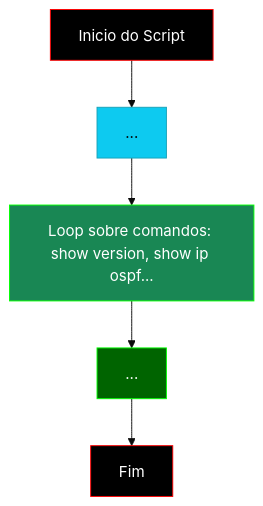
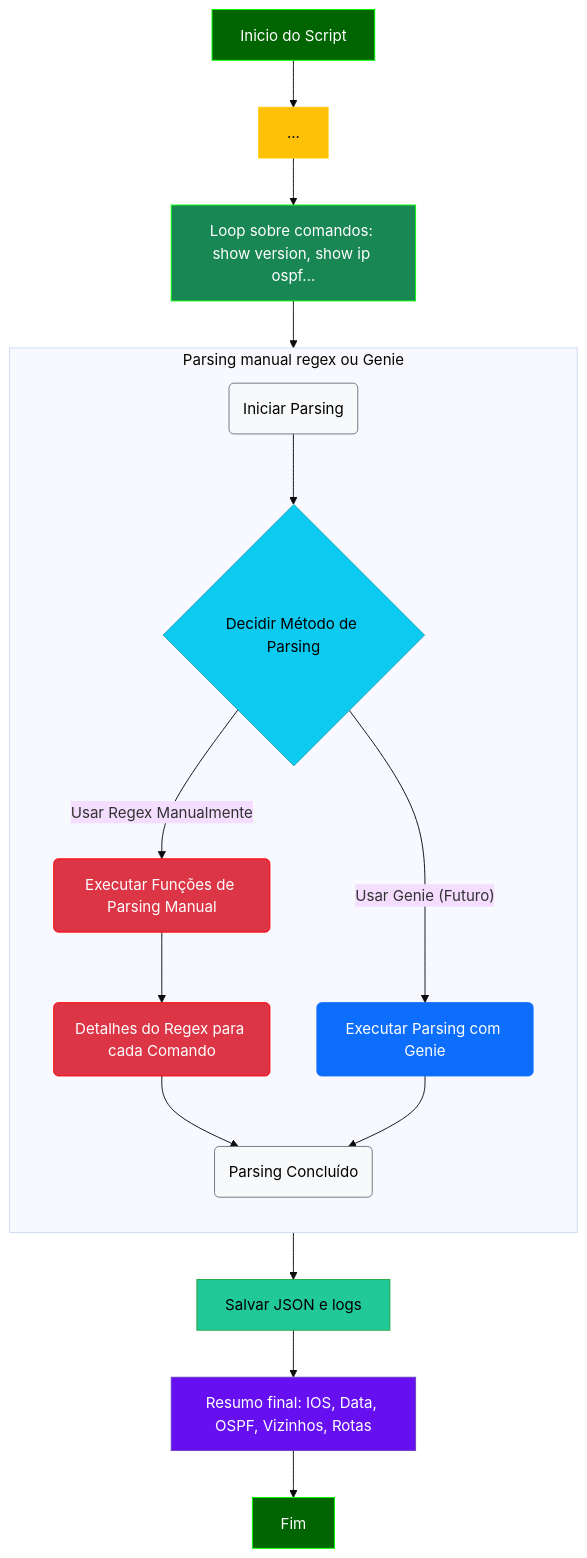
Before and after one commit to alcancil/Cisco: the fourth of 4 diagrams in CCNP 350-401 ENCOR/06 - Automation/20- Python - 14 - Parsing  Automatico - II/README.md, drawn with Mermaid (base theme). The commit also changed other lines of this file, not shown here.

Commit message:
Adicionado a pasta 20- Python - 14 - Parsing  Automatico - II

````diff
--- a/CCNP 350-401 ENCOR/06 - Automation/20- Python - 14 - Parsing  Automatico - II/README.md
+++ b/CCNP 350-401 ENCOR/06 - Automation/20- Python - 14 - Parsing  Automatico - II/README.md
@@ -1052,13 +1053,34 @@
 ```mermaid
 flowchart TD
     A[Inicio do Script] --> B[...]
     B --> F[Loop sobre comandos: show version, show ip ospf...]
-    F --> I[...]
+    F --> G_Start(Iniciar Parsing)
+
+    subgraph G[Parsing manual regex ou Genie]
+        direction TB
+        G_Start --> G1{Decidir Método de Parsing}
+        G1 -- Usar Regex Manualmente --> G_Manual(Executar Funções de Parsing Manual)
+        G_Manual --> G_Manual_Detail(Detalhes do Regex para cada Comando)
+        G_Manual_Detail --> G_End(Parsing Concluído)
+        G1 -- Usar Genie (Futuro) --> G_Genie(Executar Parsing com Genie)
+        G_Genie --> G_End
+    end
+
+    G_End --> H[Salvar JSON e logs]
+    H --> I[Resumo final: IOS, Data, OSPF, Vizinhos, Rotas]
     I --> J[Fim]
- 
-style A fill:#000000,stroke:#ff0000,color:#ffffff
-style B fill:#0dcaf0,stroke:#17a2b8,color:#000000
+
+style A fill:#006400,stroke:#00ff00,color:#ffffff
+style B fill:#ffc107,stroke:#ffcc00,color:#000000
+
 style F fill:#198754,stroke:#00ff00,color:#ffffff
-style I fill:#006400,stroke:#00ff00,color:#ffffff
-style J fill:#000000,stroke:#ff0000,color:#ffffff
+style G_Start fill:#f8f9fa,stroke:#6c757d,color:#000000
+style G_End fill:#f8f9fa,stroke:#6c757d,color:#000000
+style G1 fill:#0dcaf0,stroke:#17a2b8,color:#000000
+style G_Manual fill:#dc3545,stroke:#ff0000,color:#ffffff
+style G_Manual_Detail fill:#dc3545,stroke:#ff0000,color:#ffffff
+style G_Genie fill:#0d6efd,stroke:#0d6efd,color:#ffffff
+style H fill:#20c997,stroke:#28a745,color:#000000
+style I fill:#6610f2,stroke:#6f42c1,color:#ffffff
+style J fill:#006400,stroke:#00ff00,color:#ffffff
 ```
````
